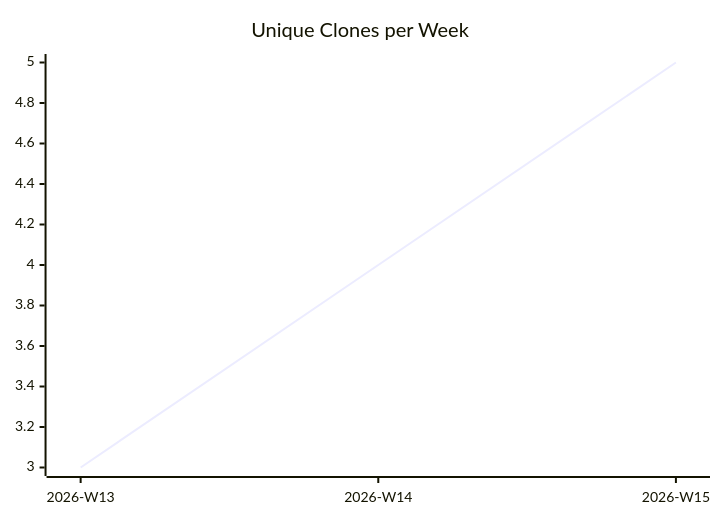
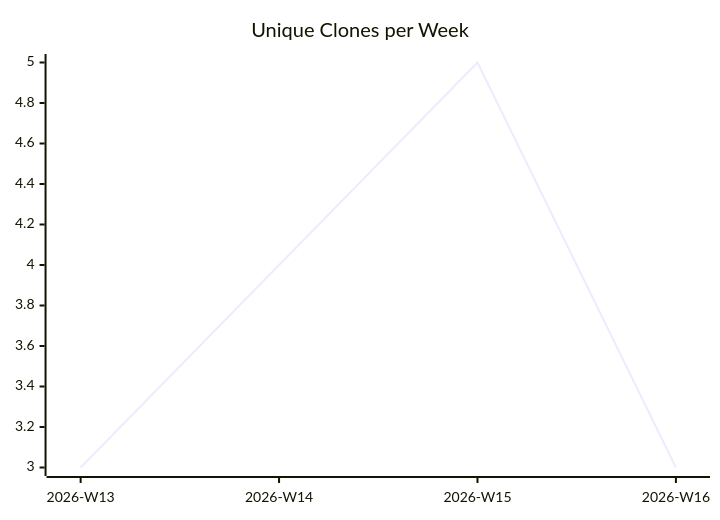
Before and after one commit to justdavis-family/github-analytics-data: the third of 3 diagrams in karlmdavis/justdavis-karl/README.md, drawn with Mermaid. The commit also changed other lines of this file and 173 other files, not shown here.

````diff
--- a/karlmdavis/justdavis-karl/README.md
+++ b/karlmdavis/justdavis-karl/README.md
@@ -19,6 +19,6 @@
 ```mermaid
 xychart-beta
   title "Unique Clones per Week"
-  x-axis ["2026-W13", "2026-W14", "2026-W15"]
-  line [3, 4, 5]
+  x-axis ["2026-W13", "2026-W14", "2026-W15", "2026-W16"]
+  line [3, 4, 5, 3]
 ```
````
